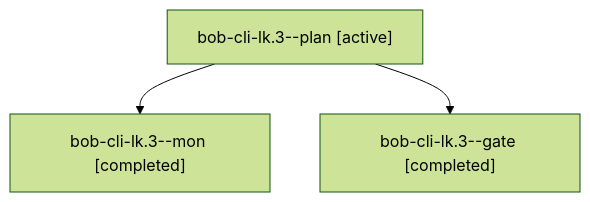
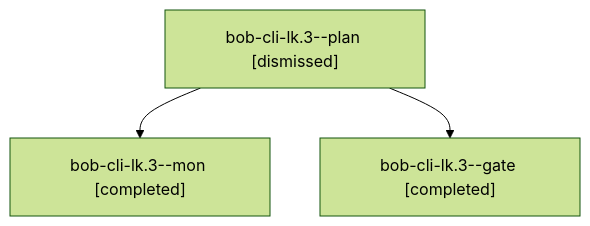
The diagram in sessions/bbugyi200.apollo.bob-cli-lk.3.md (bobs-org/bob-cli--agents), drawn with Mermaid (forest theme) before and after one commit. The commit also changed other lines of this file and 84 other files, not shown here.

````diff
--- a/sessions/bbugyi200.apollo.bob-cli-lk.3.md
+++ b/sessions/bbugyi200.apollo.bob-cli-lk.3.md
@@ -9,8 +9,8 @@
 ```mermaid
 flowchart TD
-  n0["bob-cli-lk.3--plan [active]"]
+  n0["bob-cli-lk.3--plan [dismissed]"]
   n1["bob-cli-lk.3--mon [completed]"]
   n0 --> n1
   n2["bob-cli-lk.3--gate [completed]"]
   n0 --> n2
 ```
````
